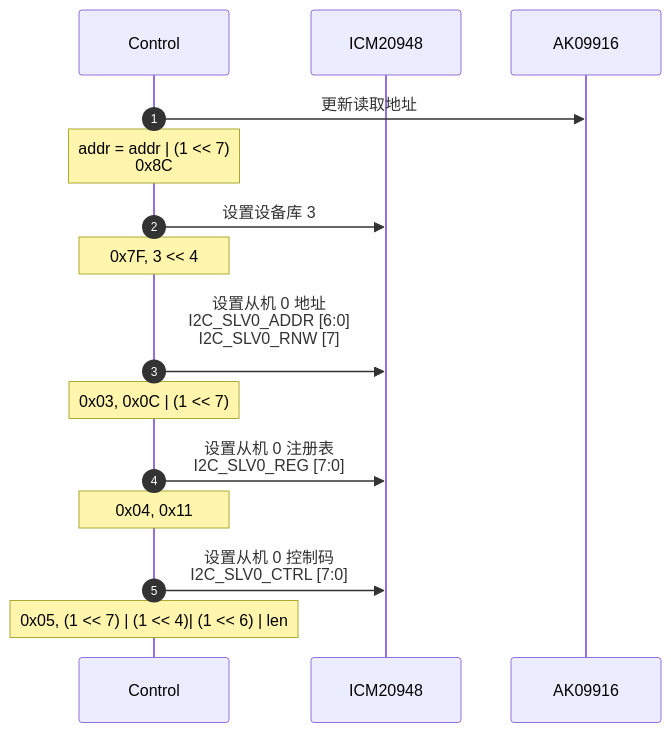
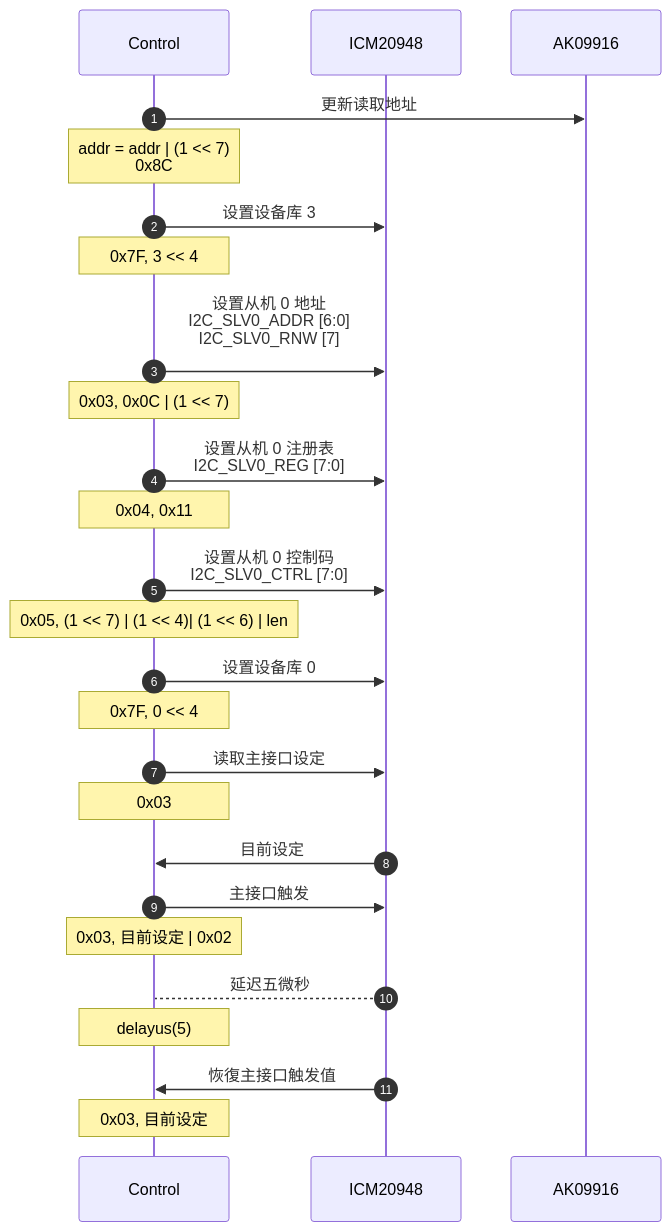
The eighth of 8 diagrams in _posts/2025-04-06-mdchart.md (hkdickyko/hkdickyko.github.io), drawn with Mermaid before and after one commit. The commit also changed other lines of this file, not shown here.

```diff
--- a/_posts/2025-04-06-mdchart.md
+++ b/_posts/2025-04-06-mdchart.md
@@ -567,17 +570,28 @@
 <div class="mermaid">
 sequenceDiagram;
    autonumber;
    participant C as Control;
    participant I as ICM20948;
    participant A as AK09916;
    C->>A: 更新读取地址; 
    note over C: addr = addr | (1 << 7)<br/>0x8C;
    C->>I: 设置设备库 3;
    note over C: 0x7F, 3 << 4;
    C->>I: 设置从机 0 地址<br/>I2C_SLV0_ADDR [6:0]<br/>I2C_SLV0_RNW [7]<br/>;
    note over C: 0x03, 0x0C | (1 << 7);
    C->>I: 设置从机 0 注册表<br/>I2C_SLV0_REG [7:0];
    note over C: 0x04, 0x11;
    C->>I: 设置从机 0 控制码<br/>I2C_SLV0_CTRL [7:0];
    note over C: 0x05, (1 << 7) | (1 << 4)| (1 << 6) | len;
+   C->>I: 设置设备库 0;
+   note over C: 0x7F, 0 << 4;
+   C->>I: 读取主接口设定;
+   note over C: 0x03;
+   I->>C: 目前设定;
+   C->>I: 主接口触发;
+   note over C: 0x03, 目前设定 | 0x02;
+   I-->C: 延迟五微秒;
+   note over C: delayus(5);
+   I->>C: 恢復主接口触发值;
+   note over C: 0x03, 目前设定;
 </div>
```
